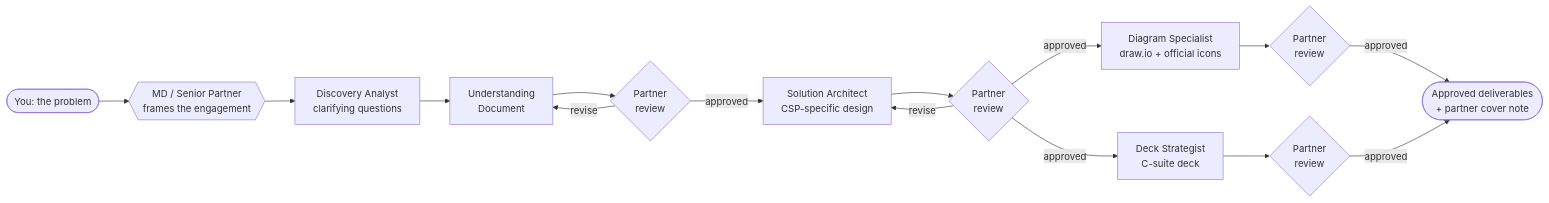
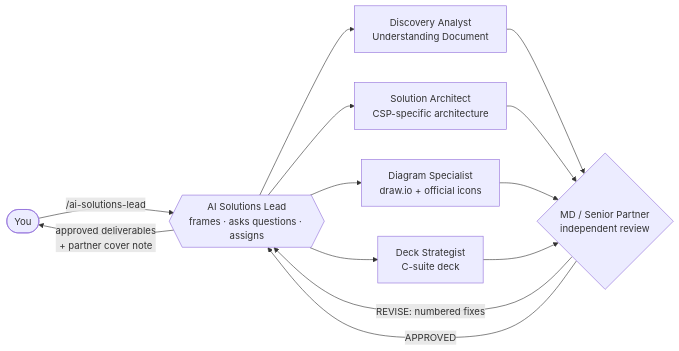
One commit to bedirachit/ai-solutions-consultant changed the diagram in plugins/ai-solutions-consultant/README.md. Above: the diagram before and after it, drawn with Mermaid. The commit also changed other lines of this file and 13 other files, not shown here.

````diff
--- a/plugins/ai-solutions-consultant/README.md
+++ b/plugins/ai-solutions-consultant/README.md
@@ -40,17 +42,12 @@
 ```mermaid
 flowchart LR
-    U([You: the problem]) --> P{{MD / Senior Partner<br/>frames the engagement}}
-    P --> D[Discovery Analyst<br/>clarifying questions]
-    D --> UD[Understanding<br/>Document]
-    UD --> R1{Partner<br/>review}
-    R1 -- revise --> UD
-    R1 -- approved --> A[Solution Architect<br/>CSP-specific design]
-    A --> R2{Partner<br/>review}
-    R2 -- revise --> A
-    R2 -- approved --> G[Diagram Specialist<br/>draw.io + official icons]
-    R2 -- approved --> K[Deck Strategist<br/>C-suite deck]
-    G --> R3{Partner<br/>review}
-    K --> R4{Partner<br/>review}
-    R3 -- approved --> OUT([Approved deliverables<br/>+ partner cover note])
-    R4 -- approved --> OUT
+    U([You]) -->|/ai-solutions-lead| L{{AI Solutions Lead<br/>frames · asks questions · assigns}}
+    L --> D[Discovery Analyst<br/>Understanding Document]
+    L --> A[Solution Architect<br/>CSP-specific architecture]
+    L --> G[Diagram Specialist<br/>draw.io + official icons]
+    L --> K[Deck Strategist<br/>C-suite deck]
+    D & A & G & K --> P{MD / Senior Partner<br/>independent review}
+    P -- REVISE: numbered fixes --> L
+    P -- APPROVED --> L
+    L -->|approved deliverables<br/>+ partner cover note| U
 ```
````
